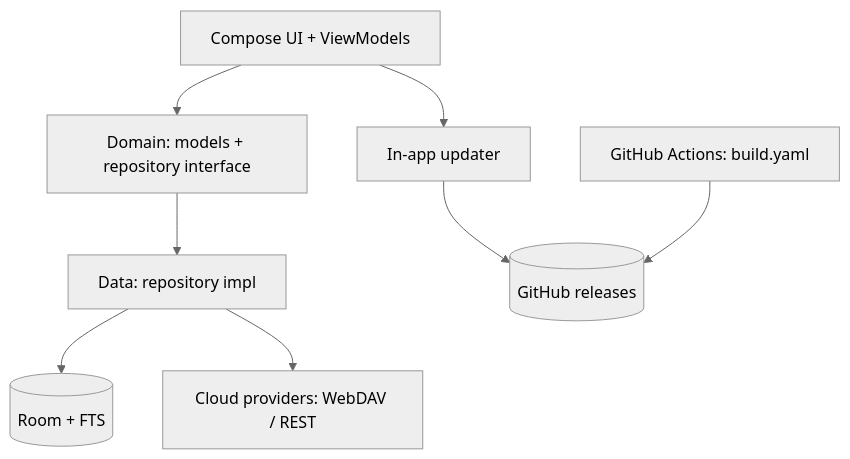
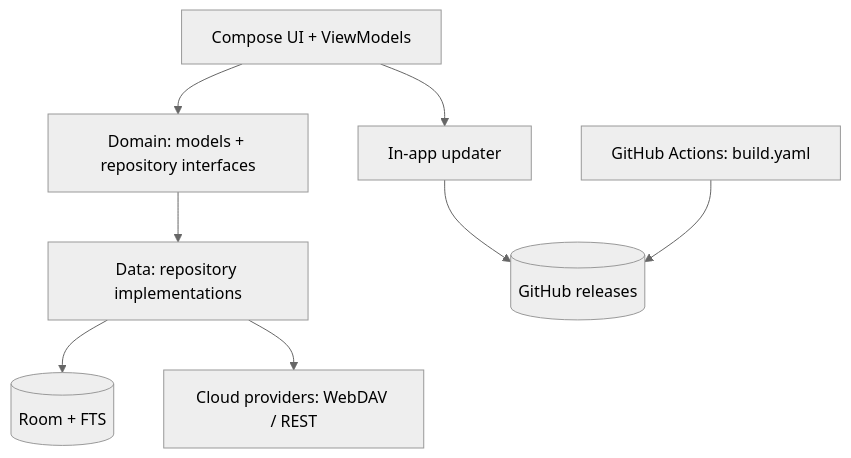
Before and after one commit to MoHamed-B-M/ZIM: the diagram in README.md, drawn with Mermaid (neutral theme). The commit also changed other lines of this file, not shown here.

````diff
--- a/README.md
+++ b/README.md
@@ -98,10 +171,10 @@
 ```mermaid
 graph TD
-    UI[Compose UI + ViewModels] --> Domain[Domain: models + repository interface]
-    Domain --> Data[Data: repository impl]
+    UI[Compose UI + ViewModels] --> Domain[Domain: models + repository interfaces]
+    Domain --> Data[Data: repository implementations]
     Data --> Room[(Room + FTS)]
     Data --> Cloud[Cloud providers: WebDAV / REST]
     UI --> Updater[In-app updater]
     Updater --> GH[(GitHub releases)]
     CI[GitHub Actions: build.yaml] --> GH
 ```
````
